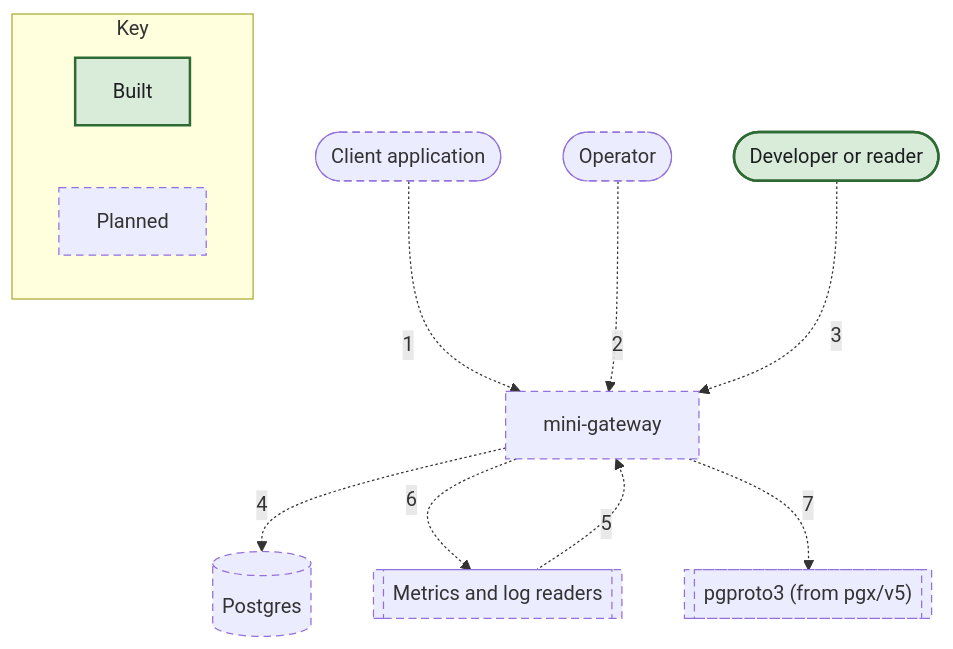
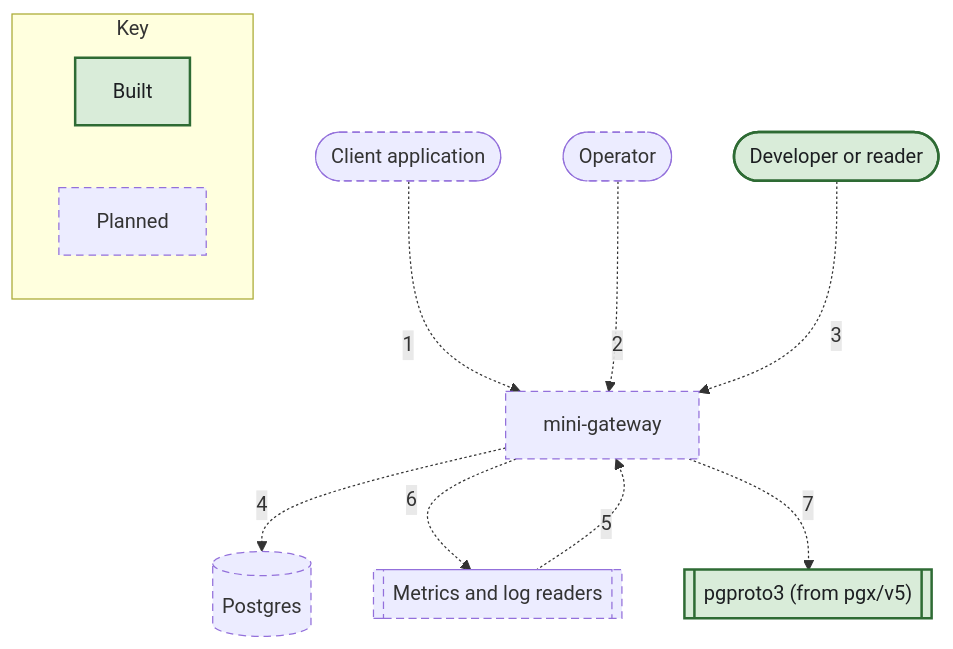
One commit to nickstrad/mini-gateway changed the diagram in docs/c4/diagrams/01-system-context.mmd. Above: the diagram before and after it, drawn with Mermaid. The commit also changed 18 other files, not shown here.

First line of the commit message:
c4: mark what chunk 2 built and bring the simulator diagrams up to date

```diff
--- a/docs/c4/diagrams/01-system-context.mmd
+++ b/docs/c4/diagrams/01-system-context.mmd
@@ -1,21 +1,21 @@
 flowchart TB
   APP(["Client application"]):::planned
   OPERATOR(["Operator"]):::planned
   DEVELOPER(["Developer or reader"]):::built
   GW["mini-gateway"]:::planned
   PG[("Postgres")]:::planned
   TELEMETRY[["Metrics and log readers"]]:::planned
-  PGPROTO3[["pgproto3 (from pgx/v5)"]]:::planned
+  PGPROTO3[["pgproto3 (from pgx/v5)"]]:::built
   APP -.->|1| GW
   OPERATOR -.->|2| GW
   DEVELOPER -.->|3| GW
   GW -.->|4| PG
   TELEMETRY -.->|5| GW
   GW -.->|6| TELEMETRY
   GW -.->|7| PGPROTO3
   subgraph KEY["Key"]
     KEY_BUILT["Built"]:::built
     KEY_PLANNED["Planned"]:::planned
   end
   classDef built fill:#d9ecd9,stroke:#2e6b34,stroke-width:2px,color:#1c1e21
   classDef planned stroke-width:1px,stroke-dasharray:6 4
```
